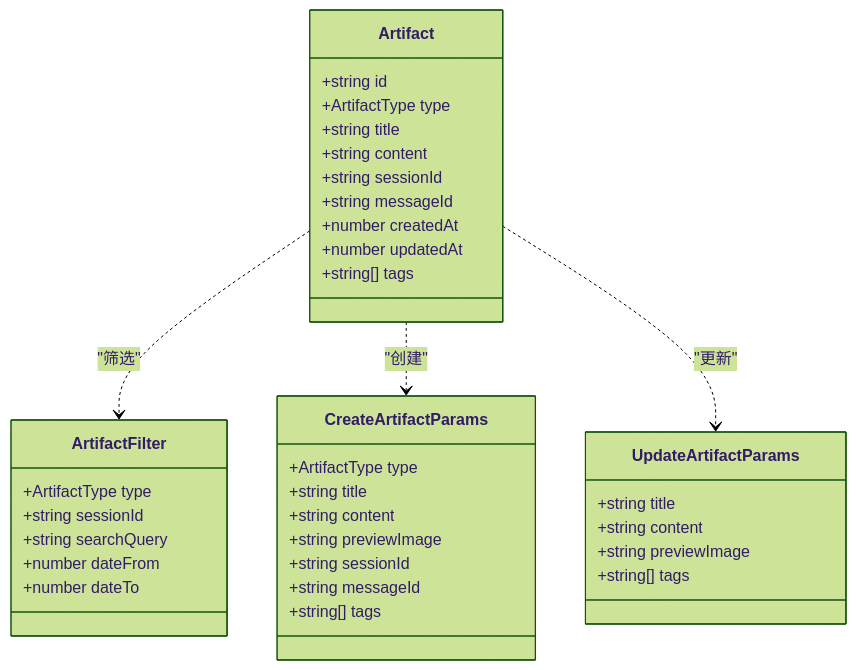
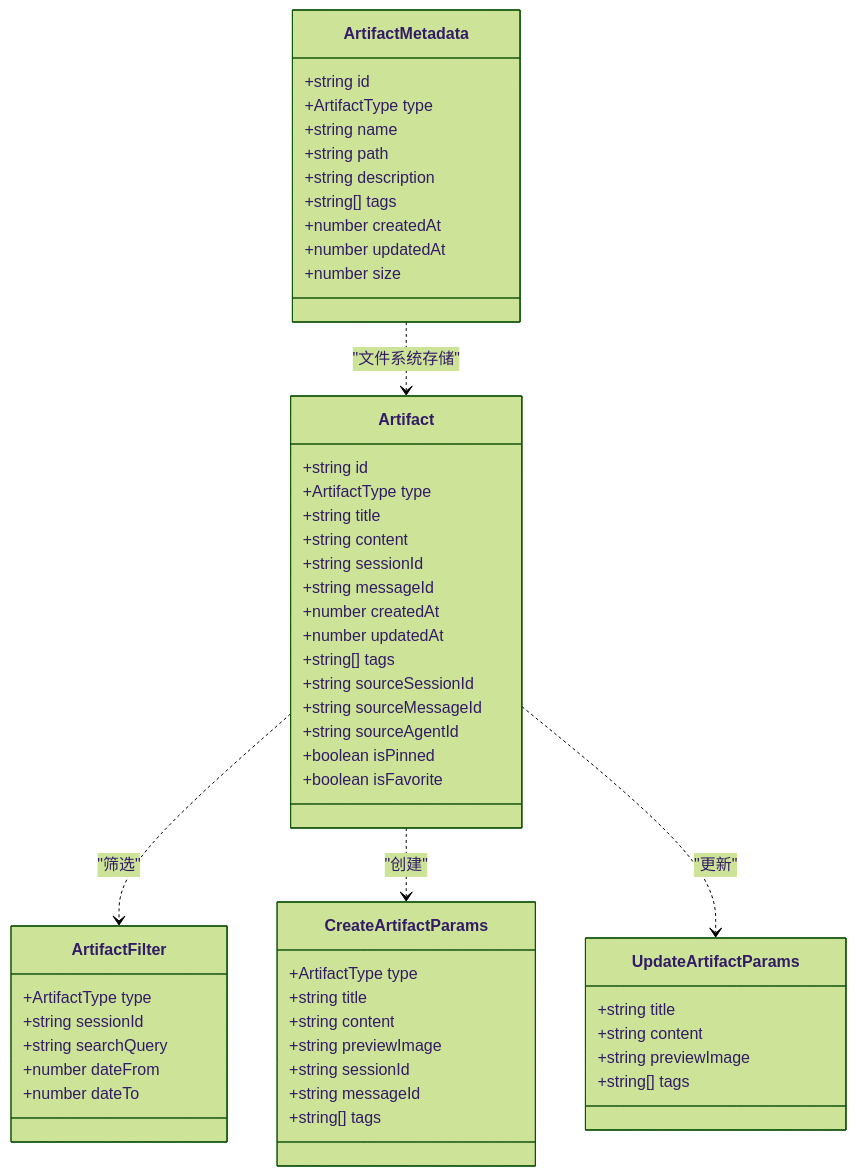
The third of 9 diagrams in .qoder/repowiki/zh/content/状态管理/工件状态管理.md (NarcisWL/Nexara), drawn with Mermaid (forest theme) before and after one commit. The commit also changed other lines of this file and 43 other files, not shown here.

Commit message:
feat(rag): implement KG JIT Micro-Graph pipeline and consolidate documentation

````diff
--- a/.qoder/repowiki/zh/content/状态管理/工件状态管理.md
+++ b/.qoder/repowiki/zh/content/状态管理/工件状态管理.md
@@ -132,39 +151,56 @@
 ```mermaid
 classDiagram
 class Artifact {
 +string id
 +ArtifactType type
 +string title
 +string content
 +string sessionId
 +string messageId
 +number createdAt
 +number updatedAt
 +string[] tags
++string sourceSessionId
++string sourceMessageId
++string sourceAgentId
++boolean isPinned
++boolean isFavorite
 }
 class ArtifactFilter {
 +ArtifactType type
 +string sessionId
 +string searchQuery
 +number dateFrom
 +number dateTo
 }
 class CreateArtifactParams {
 +ArtifactType type
 +string title
 +string content
 +string previewImage
 +string sessionId
 +string messageId
 +string[] tags
 }
 class UpdateArtifactParams {
 +string title
 +string content
 +string previewImage
 +string[] tags
 }
+class ArtifactMetadata {
++string id
++ArtifactType type
++string name
++string path
++string description
++string[] tags
++number createdAt
++number updatedAt
++number size
+}
 Artifact ..> ArtifactFilter : "筛选"
 Artifact ..> CreateArtifactParams : "创建"
 Artifact ..> UpdateArtifactParams : "更新"
+ArtifactMetadata ..> Artifact : "文件系统存储"
 ```
````
